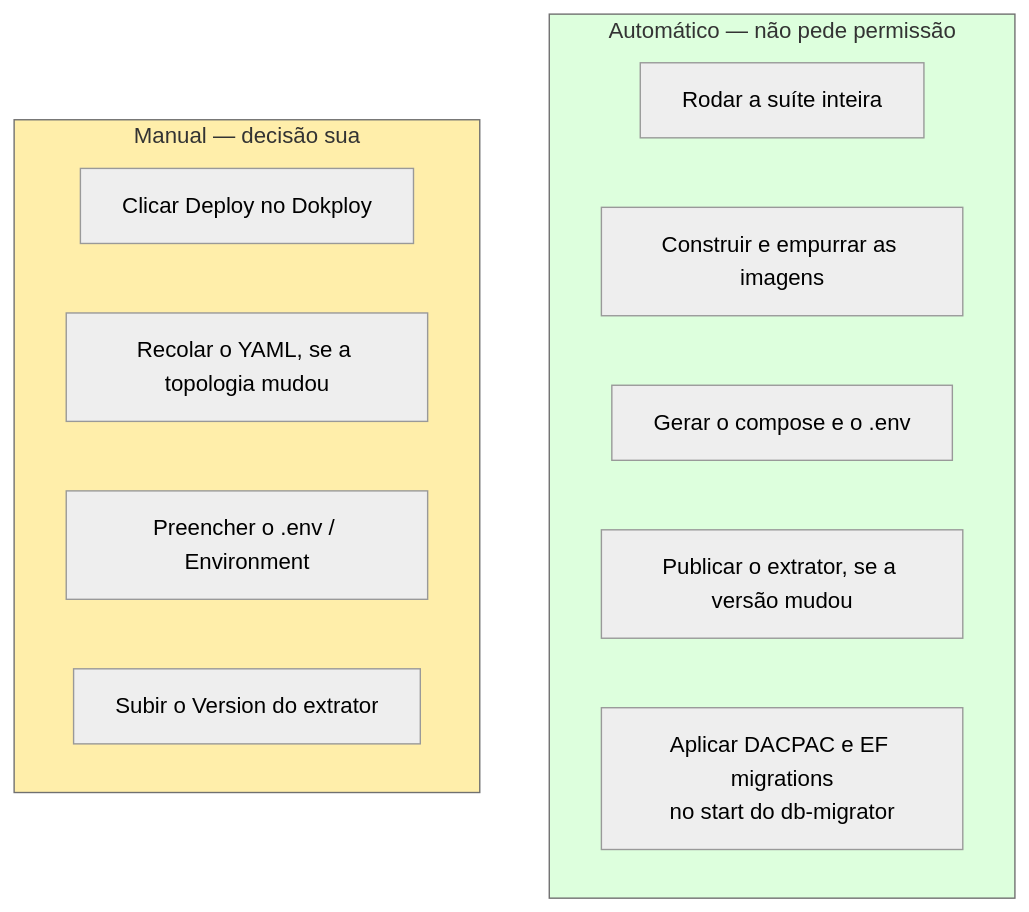
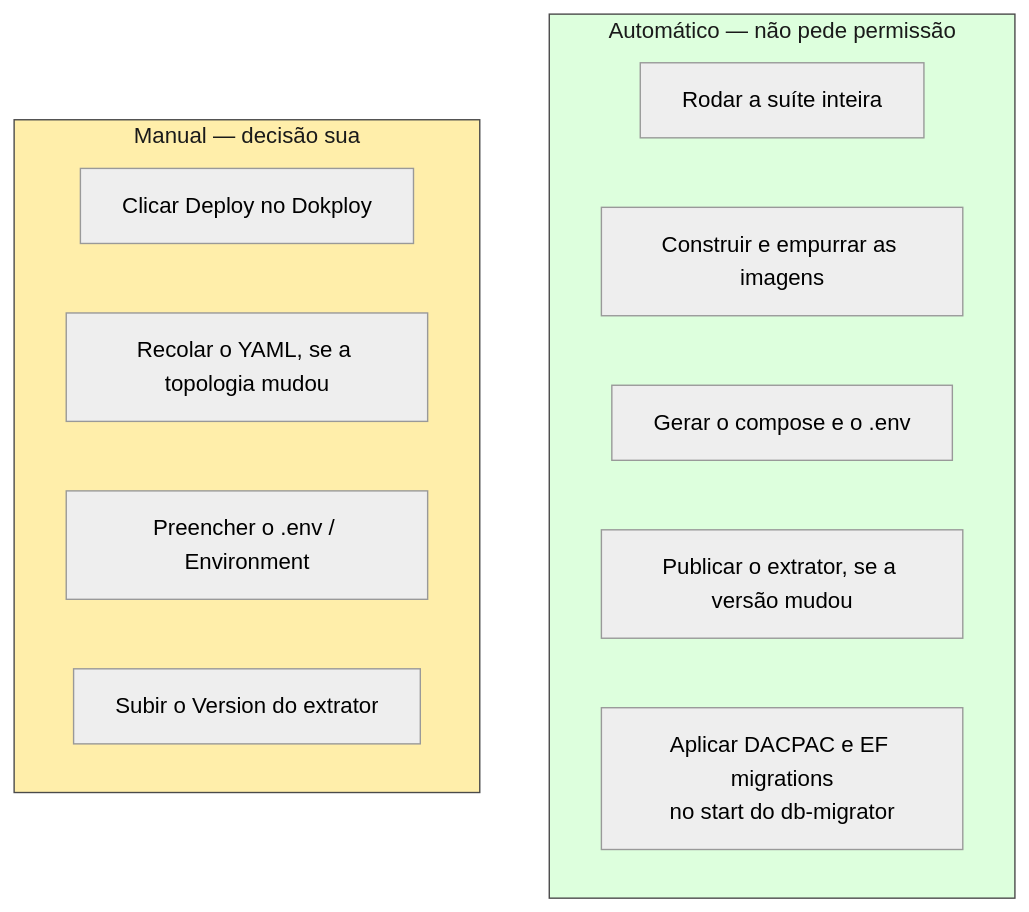
The second of 9 diagrams in Docs/fluxo-de-entrega.md (procfit/MLDemandForcastPOC), drawn with Mermaid (neutral theme) before and after one commit. The commit also changed other lines of this file, not shown here.

First line of the commit message:
fix(docs): pin label color on the styled diagram nodes

````diff
--- a/Docs/fluxo-de-entrega.md
+++ b/Docs/fluxo-de-entrega.md
@@ -54,20 +54,20 @@
 ```mermaid
 flowchart TB
     subgraph AUTO["Automático — não pede permissão"]
         A1["Rodar a suíte inteira"]
         A2["Construir e empurrar as imagens"]
         A3["Gerar o compose e o .env"]
         A4["Publicar o extrator, se a versão mudou"]
         A5["Aplicar DACPAC e EF migrations<br/>no start do db-migrator"]
     end
 
     subgraph MANUAL["Manual — decisão sua"]
         M1["Clicar Deploy no Dokploy"]
         M2["Recolar o YAML, se a topologia mudou"]
         M3["Preencher o .env / Environment"]
         M4["Subir o Version do extrator"]
     end
 
-    style AUTO fill:#dfd
-    style MANUAL fill:#fea
+    style AUTO fill:#dfd,stroke:#4a4a4a,color:#1a1a1a
+    style MANUAL fill:#fea,stroke:#4a4a4a,color:#1a1a1a
 ```
````
